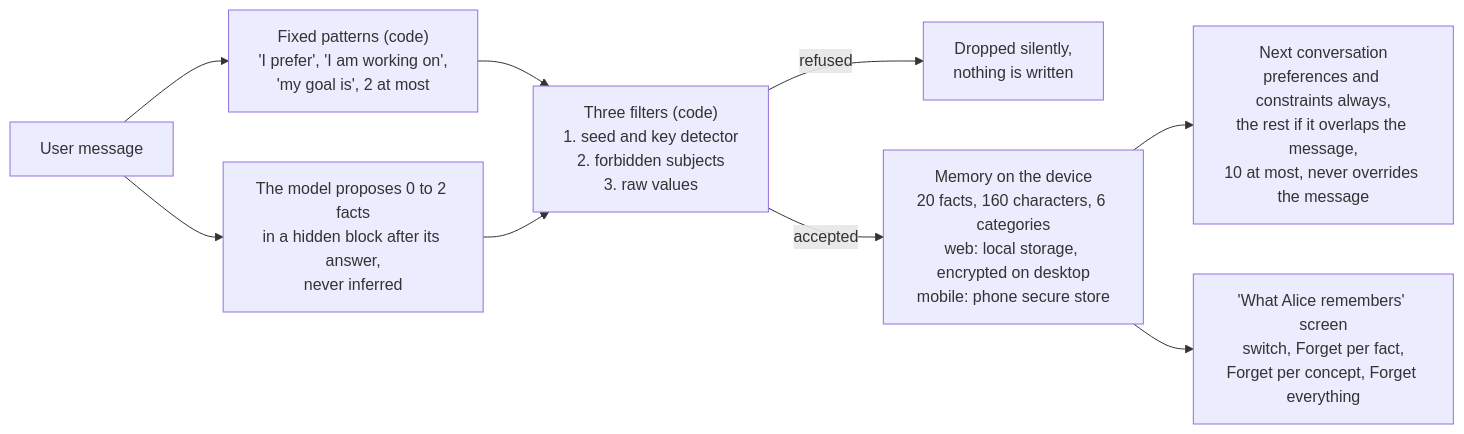
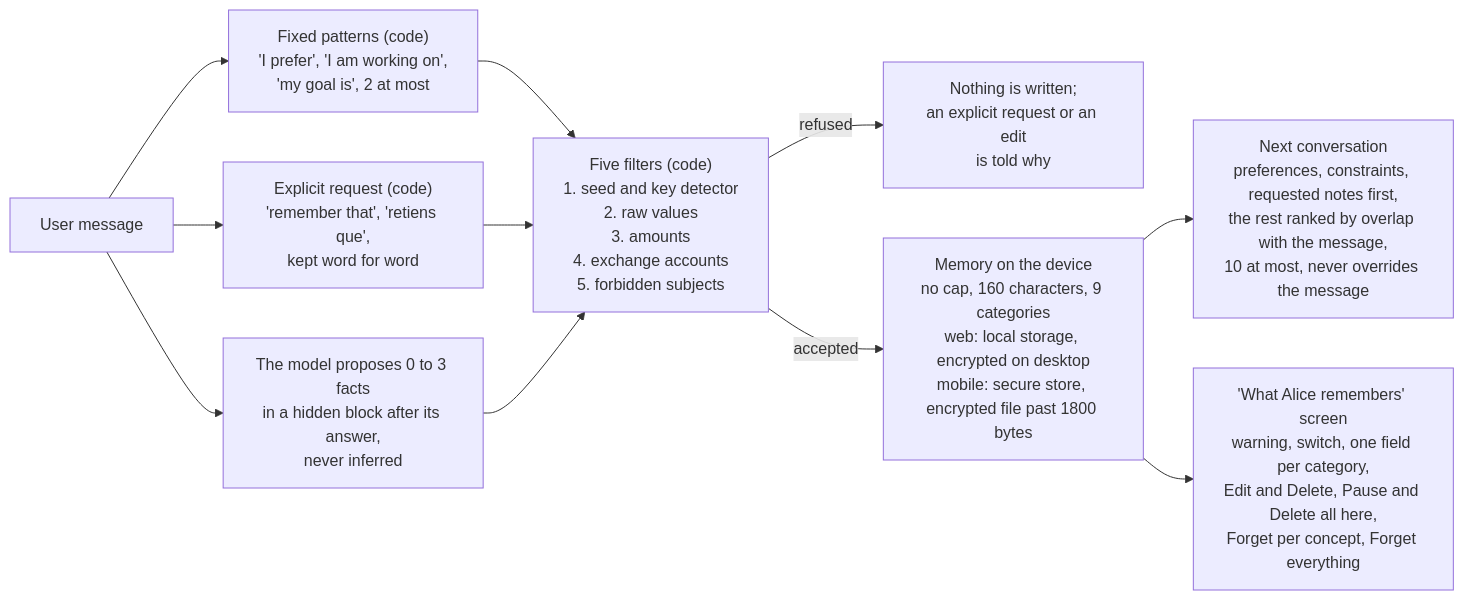
The diagram in docs/ALICE_USER_MEMORY.md (mariusoffchain/alice), drawn with Mermaid before and after one commit. The commit also changed other lines of this file and 18 other files, not shown here.

Commit message:
site: say what an account keeps and how far Private Cloud is verified, and describe the 0.2.2 memory

````diff
--- a/docs/ALICE_USER_MEMORY.md
+++ b/docs/ALICE_USER_MEMORY.md
@@ -11,11 +11,13 @@
 ```mermaid
 flowchart LR
   M["User message"] --> P["Fixed patterns (code)\n'I prefer', 'I am working on',\n'my goal is', 2 at most"]
-  M --> L["The model proposes 0 to 2 facts\nin a hidden block after its answer,\nnever inferred"]
-  P --> F["Three filters (code)\n1. seed and key detector\n2. forbidden subjects\n3. raw values"]
+  M --> Q["Explicit request (code)\n'remember that', 'retiens que',\nkept word for word"]
+  M --> L["The model proposes 0 to 3 facts\nin a hidden block after its answer,\nnever inferred"]
+  P --> F["Five filters (code)\n1. seed and key detector\n2. raw values\n3. amounts\n4. exchange accounts\n5. forbidden subjects"]
+  Q --> F
   L --> F
-  F -->|refused| R["Dropped silently,\nnothing is written"]
-  F -->|accepted| S["Memory on the device\n20 facts, 160 characters, 6 categories\nweb: local storage, encrypted on desktop\nmobile: phone secure store"]
-  S --> N["Next conversation\npreferences and constraints always,\nthe rest if it overlaps the message,\n10 at most, never overrides the message"]
-  S --> G["'What Alice remembers' screen\nswitch, Forget per fact,\nForget per concept, Forget everything"]
+  F -->|refused| R["Nothing is written;\nan explicit request or an edit\nis told why"]
+  F -->|accepted| S["Memory on the device\nno cap, 160 characters, 9 categories\nweb: local storage, encrypted on desktop\nmobile: secure store, encrypted file past 1800 bytes"]
+  S --> N["Next conversation\npreferences, constraints, requested notes first,\nthe rest ranked by overlap with the message,\n10 at most, never overrides the message"]
+  S --> G["'What Alice remembers' screen\nwarning, switch, one field per category,\nEdit and Delete, Pause and Delete all here,\nForget per concept, Forget everything"]
 ```
````
